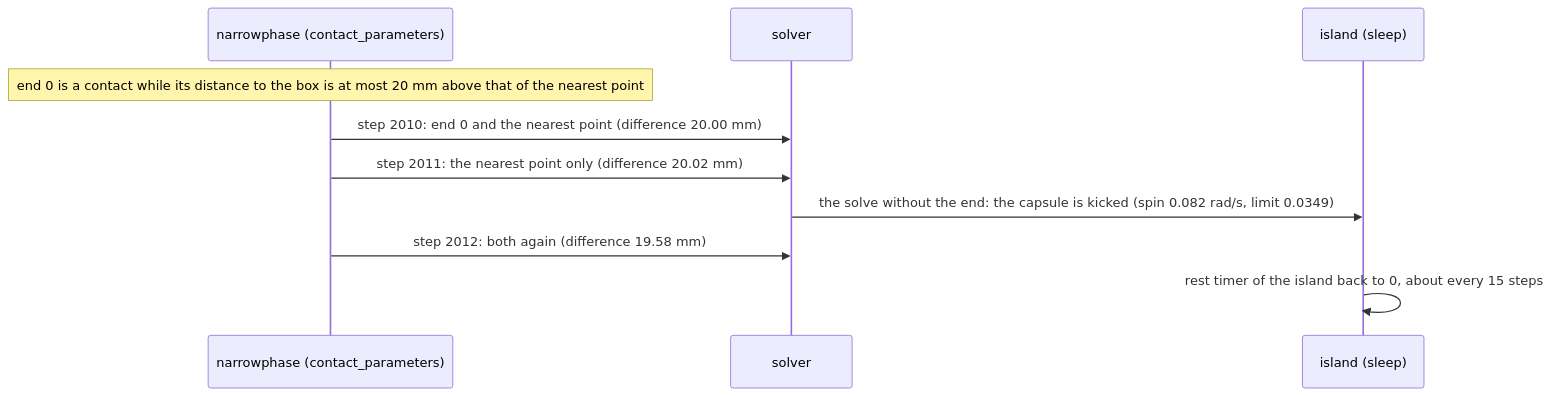
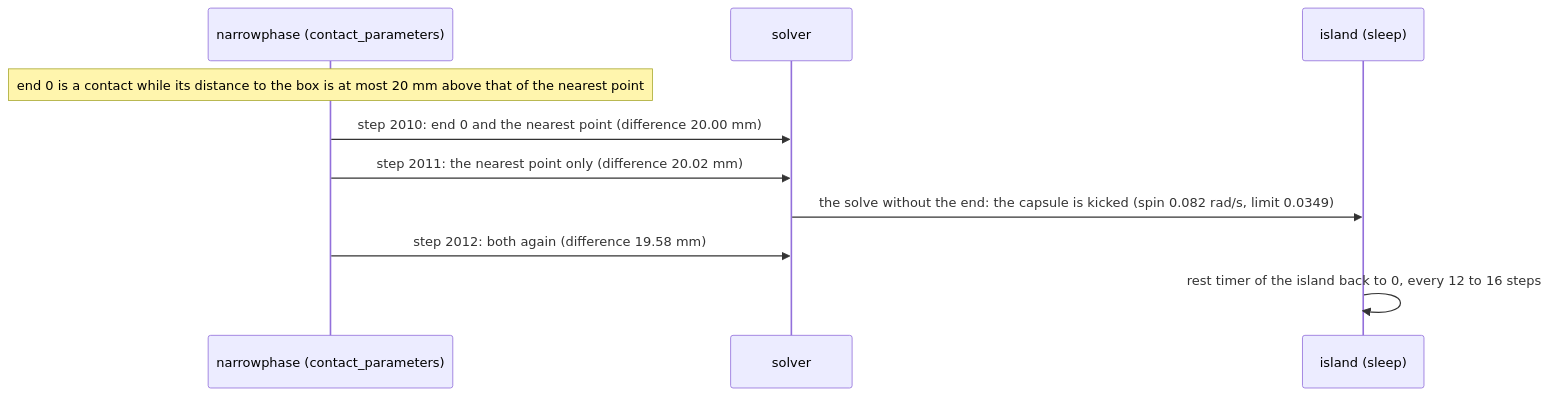
One commit to giamat90/DuckEngine changed the diagram in reviews/9-10.md. Above: the diagram before and after it, drawn with Mermaid. The commit also changed other lines of this file, not shown here.

````diff
--- a/reviews/9-10.md
+++ b/reviews/9-10.md
@@ -5,12 +5,12 @@
 ```mermaid
 sequenceDiagram
   participant N as narrowphase (contact_parameters)
   participant S as solver
   participant I as island (sleep)
   Note over N: end 0 is a contact while its distance to the box is at most 20 mm above that of the nearest point
   N->>S: step 2010: end 0 and the nearest point (difference 20.00 mm)
   N->>S: step 2011: the nearest point only (difference 20.02 mm)
   S->>I: the solve without the end: the capsule is kicked (spin 0.082 rad/s, limit 0.0349)
   N->>S: step 2012: both again (difference 19.58 mm)
-  I->>I: rest timer of the island back to 0, about every 15 steps
+  I->>I: rest timer of the island back to 0, every 12 to 16 steps
 ```
````
